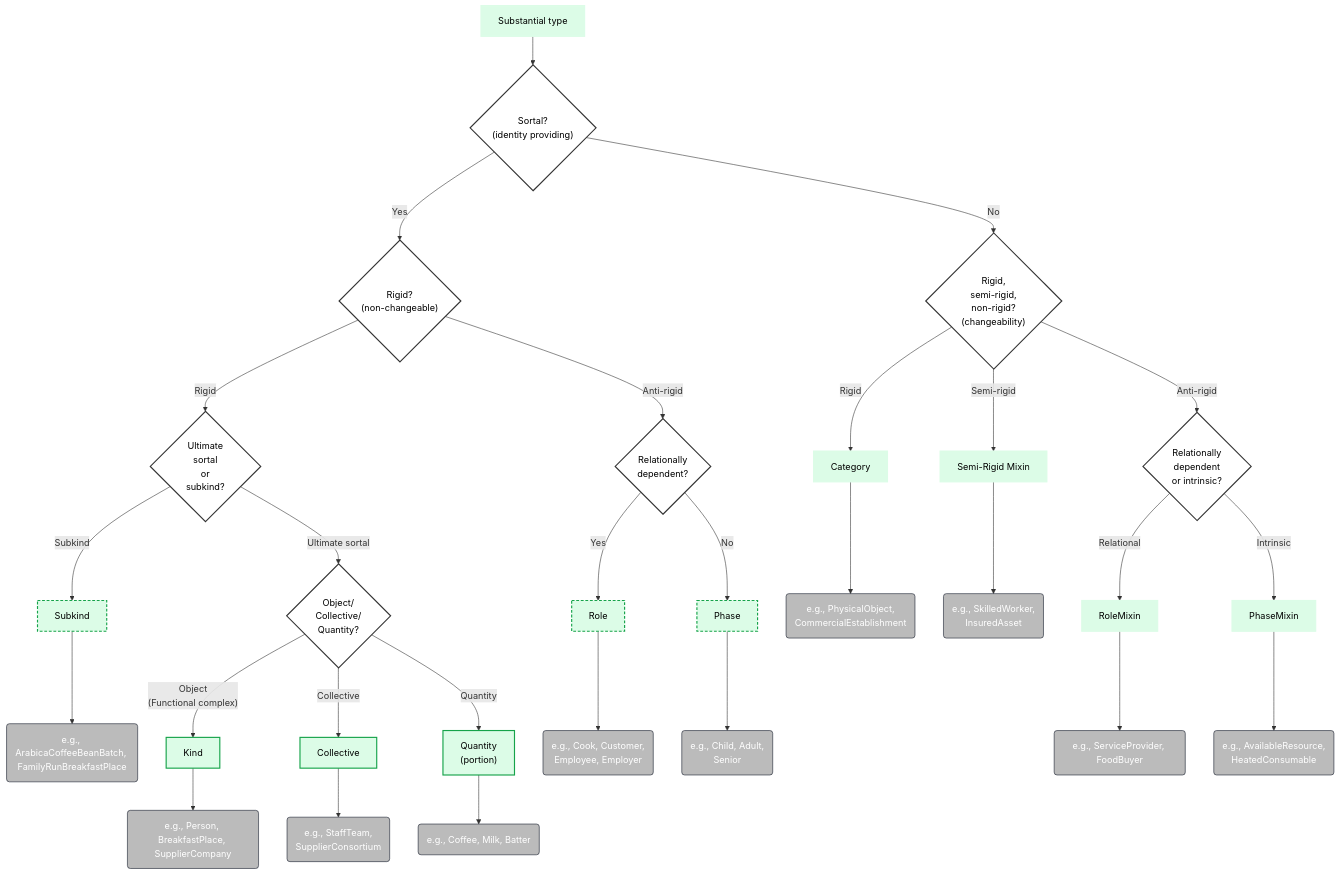
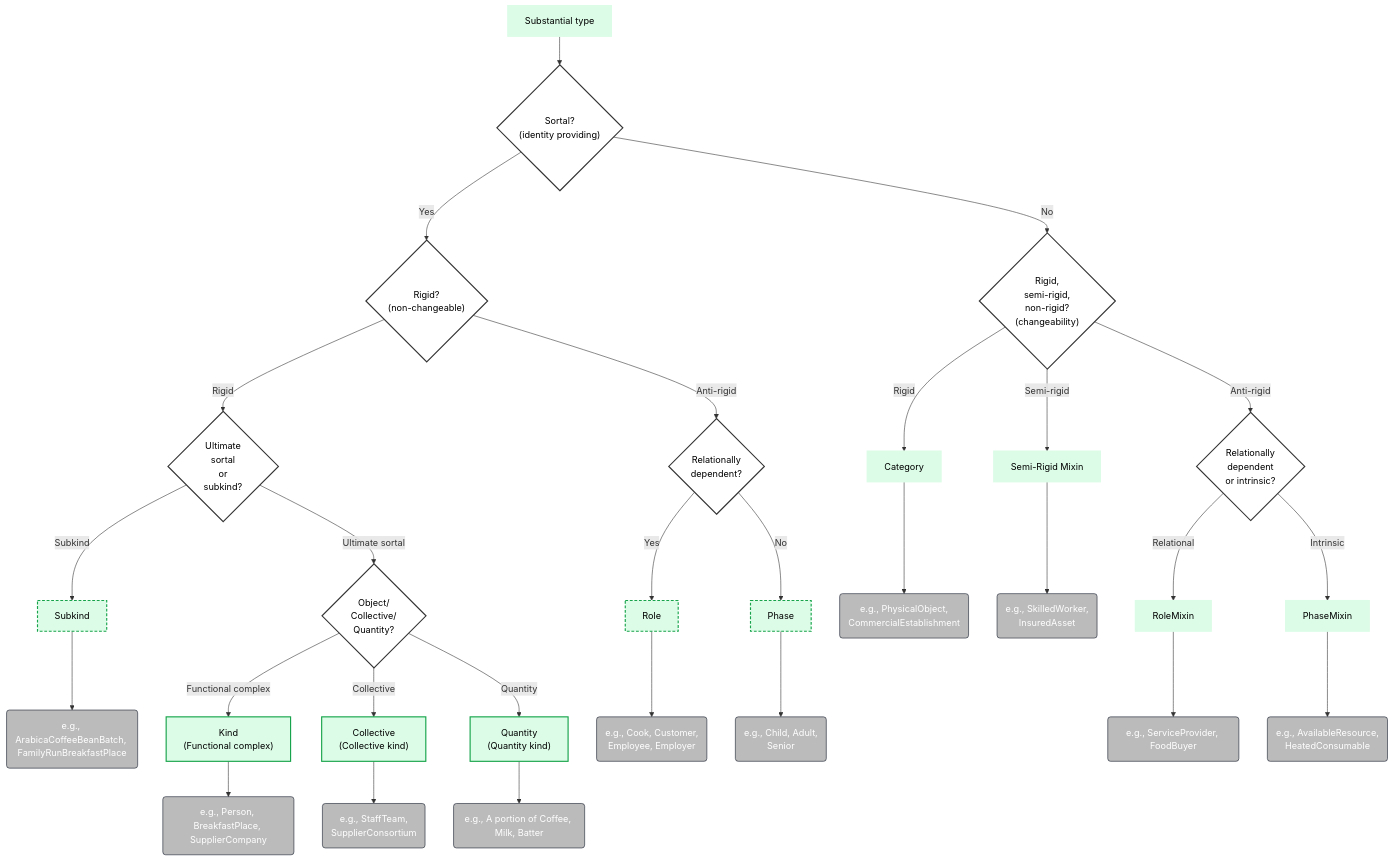
Before and after one commit to spdrnl/UFO-Modeling-Decision-Tree: the diagram in decision-tree/02a-Substantial.mermaid, drawn with Mermaid. The commit also changed 1 other file, not shown here.

```diff
--- a/decision-tree/02a-Substantial.mermaid
+++ b/decision-tree/02a-Substantial.mermaid
@@ -1,75 +1,75 @@
 flowchart TD
     S0[Substantial type]
 
     %% CONCRETE SUBSTANTIALS
     S0 --> SS{"Sortal?\n(identity providing)"}
 
     SS -->|Yes| S1{"Rigid?\n(non-changeable)"}
     SS -->|No| M_X{"Rigid,\nsemi-rigid,\nnon-rigid?\n(changeability)"}
 
     %% Sortals
     S1 -->|Rigid| RG{Ultimate \nsortal \nor \nsubkind?}
     S1 -->|Anti-rigid| DR{Relationally\ndependent?}
 
     RG -->|Subkind| SK[Subkind]
     RG -->|Ultimate sortal| US{"Object/\nCollective/\nQuantity?"}
-    US -->|"Object\n(Functional complex)"| KND["Kind"]
-    US -->|Collective| COL[Collective]
-    US -->|Quantity| QTY["Quantity\n(portion)"]
+    US -->|"Functional complex"| KND["Kind\n(Functional complex)"]
+    US -->|Collective| COL["Collective\n(Collective kind)"]
+    US -->|Quantity| QTY["Quantity\n(Quantity kind)"]
 
     DR -->|Yes| RO[Role]
     DR -->|No| PH[Phase]
 
     %% Non-Sortals (Mixins)
     M_X -->|Rigid| CAT[Category]
     M_X -->|Semi-rigid| MIX[Semi-Rigid Mixin]
     M_X -->|Anti-rigid| M_DX{Relationally\ndependent\nor intrinsic?}
 
     M_DX -->|Relational| RMX[RoleMixin]
     M_DX -->|Intrinsic| PMX[PhaseMixin]
 
     %% EXAMPLE BOXES + LINKS
     KND_ex("e.g., Person, BreakfastPlace, \nSupplierCompany"):::example
     KND --> KND_ex
 
     SK_ex("e.g., ArabicaCoffeeBeanBatch, \nFamilyRunBreakfastPlace"):::example
     SK --> SK_ex
 
     COL_ex("e.g., StaffTeam, \nSupplierConsortium"):::example
     COL --> COL_ex
 
-    QTY_ex("e.g., Coffee, Milk, Batter"):::example
+    QTY_ex("e.g., A portion of Coffee, Milk, Batter"):::example
     QTY --> QTY_ex
 
     CAT_ex("e.g., PhysicalObject, \nCommercialEstablishment"):::example
     CAT --> CAT_ex
 
     MIX_ex("e.g., SkilledWorker, \nInsuredAsset"):::example
     MIX --> MIX_ex
 
     RMX_ex("e.g., ServiceProvider, FoodBuyer"):::example
     RMX --> RMX_ex
 
     PMX_ex("e.g., AvailableResource, \nHeatedConsumable"):::example
     PMX --> PMX_ex
 
     RO_ex("e.g., Cook, Customer, \nEmployee, Employer"):::example
     RO --> RO_ex
 
     PH_ex("e.g., Child, Adult, \nSenior"):::example
     PH --> PH_ex
 
     %% CLASSES
     classDef example fill:#BBBBBB,stroke:#111827,stroke-width:1px,color:#ffffff;
     classDef generic fill:#ffffff,stroke:#333,stroke-width:2px,color:#000;
     classDef substantial fill:#dcfce7,stroke:#dcfce7,stroke-width:2px,color:#000;
     classDef substantialId fill:#dcfce7,stroke:#16a34a,stroke-width:2px,color:#000;
     classDef substantialNonId fill:#dcfce7,stroke:#16a34a,stroke-width:2px,stroke-dasharray: 5 3,color:#000;
 
     %% generic / neutral nodes
     class SS,S1,M_X,RG,US,DR,M_SR,M_DX generic;
 
     %% substantial subtree colors
     class KND,COL,QTY substantialId;
     class SK,RO,PH substantialNonId;
     class S0,CAT,RMX,PMX,MIX substantial;
```
